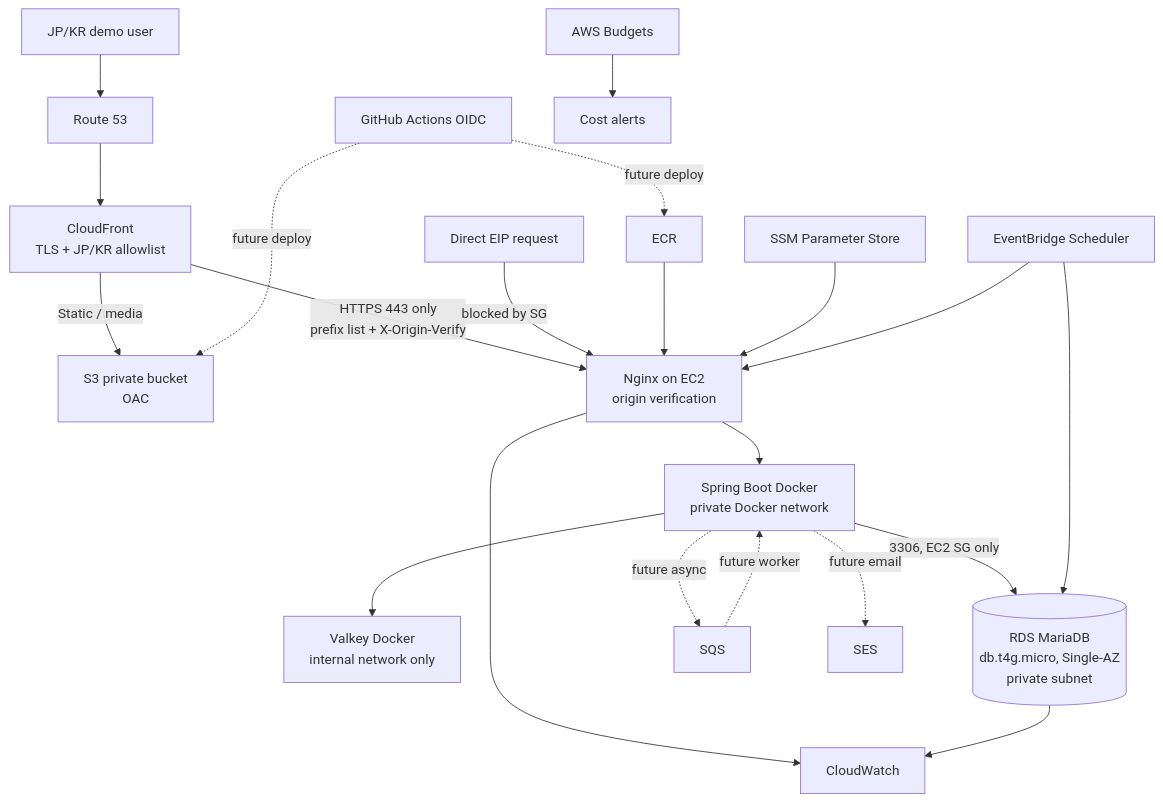
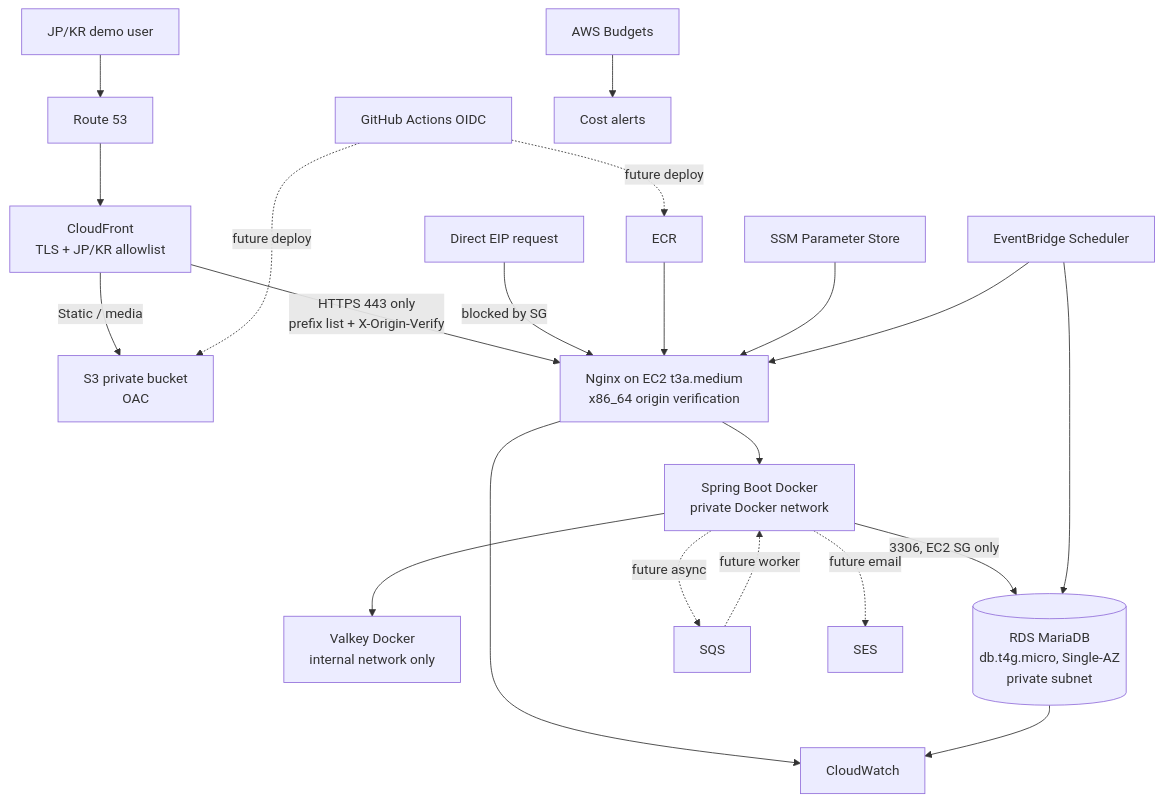
Before and after one commit to nagi4757/ec-portfolio: the diagram in docs/architecture/aws-demo.md, drawn with Mermaid. The commit also changed other lines of this file and 2 other files, not shown here.

````diff
--- a/docs/architecture/aws-demo.md
+++ b/docs/architecture/aws-demo.md
@@ -36,23 +36,23 @@
 ```mermaid
 flowchart TD
     U[JP/KR demo user] --> R53[Route 53]
     R53 --> CF[CloudFront<br/>TLS + JP/KR allowlist]
     CF -->|Static / media| S3[S3 private bucket<br/>OAC]
-    CF -->|HTTPS 443 only<br/>prefix list + X-Origin-Verify| NGINX[Nginx on EC2<br/>origin verification]
+    CF -->|HTTPS 443 only<br/>prefix list + X-Origin-Verify| NGINX[Nginx on EC2 t3a.medium<br/>x86_64 origin verification]
     DIRECT[Direct EIP request] -- blocked by SG --> NGINX
     NGINX --> API[Spring Boot Docker<br/>private Docker network]
     API --> VALKEY[Valkey Docker<br/>internal network only]
     API -->|3306, EC2 SG only| RDS[(RDS MariaDB<br/>db.t4g.micro, Single-AZ<br/>private subnet)]
     API -.future async.-> SQS[SQS]
     SQS -.future worker.-> API
     API -.future email.-> SES[SES]
     ECR[ECR] --> NGINX
     SSM[SSM Parameter Store] --> NGINX
     GHA[GitHub Actions OIDC] -.future deploy.-> ECR
     GHA -.future deploy.-> S3
     SCH[EventBridge Scheduler] --> NGINX
     SCH --> RDS
     NGINX --> CW[CloudWatch]
     RDS --> CW
     BUD[AWS Budgets] --> ALERT[Cost alerts]
 ```
````
